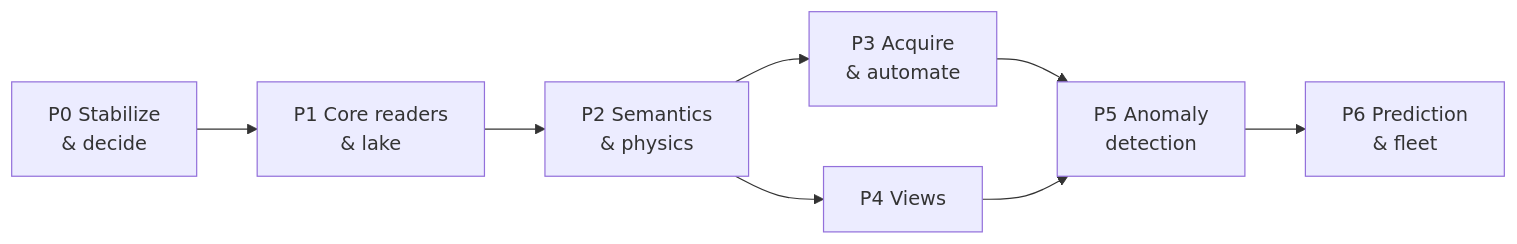
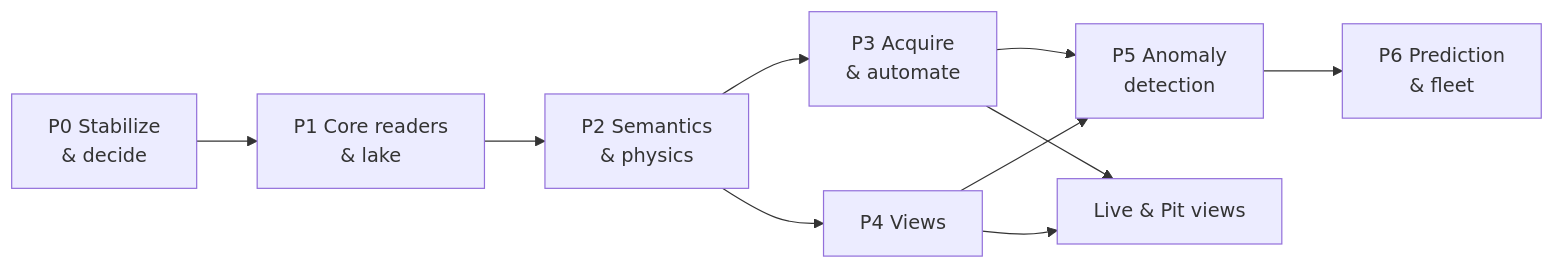
Before and after one commit to IgniteRobotics/flashpoint: the first of 3 diagrams in docs/rewrite/06-roadmap.md, drawn with Mermaid. The commit also changed other lines of this file and 9 other files, not shown here.

First line of the commit message:
docs(p4): ADR-0013 one local app, amend 0006, roadmap, README, notebook

````diff
--- a/docs/rewrite/06-roadmap.md
+++ b/docs/rewrite/06-roadmap.md
@@ -7,10 +7,12 @@
 ```mermaid
 flowchart LR
     P0[P0 Stabilize<br>& decide] --> P1[P1 Core readers<br>& lake]
     P1 --> P2[P2 Semantics<br>& physics]
     P2 --> P3[P3 Acquire<br>& automate]
     P2 --> P4[P4 Views]
     P3 --> P5[P5 Anomaly<br>detection]
     P4 --> P5
+    P4 --> P4b[Live & Pit views]
+    P3 --> P4b
     P5 --> P6[P6 Prediction<br>& fleet]
 ```
````
